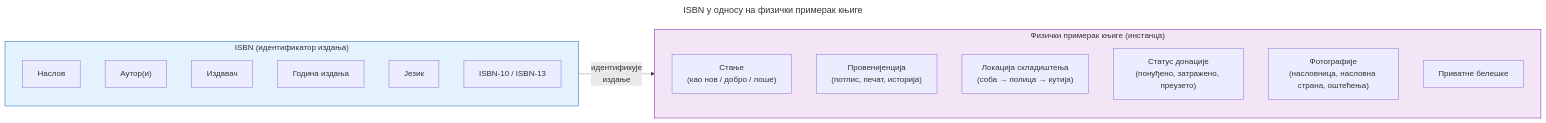
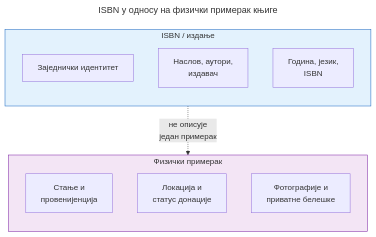
The diagram in docs/diagrams/blog/isbn-not-a-database/sr-Cyrl/isbn-vs-physical-book.mmd (mihafreenode/let-books), drawn with Mermaid before and after one commit. The commit also changed 430 other files, not shown here.

```diff
--- a/docs/diagrams/blog/isbn-not-a-database/sr-Cyrl/isbn-vs-physical-book.mmd
+++ b/docs/diagrams/blog/isbn-not-a-database/sr-Cyrl/isbn-vs-physical-book.mmd
@@ -1,28 +1,22 @@
 ---
 title: ISBN у односу на физички примерак књиге
 ---
-flowchart LR
-    subgraph ISBN["ISBN (идентификатор издања)"]
+flowchart TB
+    subgraph ISBN["ISBN / издање"]
         direction TB
-        I1["Наслов"]
-        I2["Аутор(и)"]
-        I3["Издавач"]
-        I4["Година издања"]
-        I5["Језик"]
-        I6["ISBN-10 / ISBN-13"]
+        I1["Заједнички идентитет"]
+        I2["Наслов, аутори,<br/>издавач"]
+        I3["Година, језик,<br/>ISBN"]
     end
 
-    subgraph Physical["Физички примерак књиге (инстанца)"]
+    subgraph Physical["Физички примерак"]
         direction TB
-        P1["Стање<br/>(као нов / добро / лоше)"]
-        P2["Провенијенција<br/>(потпис, печат, историја)"]
-        P3["Локација складиштења<br/>(соба → полица → кутија)"]
-        P4["Статус донације<br/>(понуђено, затражено, преузето)"]
-        P5["Фотографије<br/>(насловница, насловна страна, оштећења)"]
-        P6["Приватне белешке"]
+        P1["Стање и<br/>провенијенција"]
+        P2["Локација и<br/>статус донације"]
+        P3["Фотографије и<br/>приватне белешке"]
     end
 
-    ISBN -.->|"идентификује<br/>издање"| Physical
+    I3 -.->|"не описује<br/>један примерак"| P1
 
     style ISBN fill:#e3f2fd,stroke:#1565c0
     style Physical fill:#f3e5f5,stroke:#7b1fa2
```
